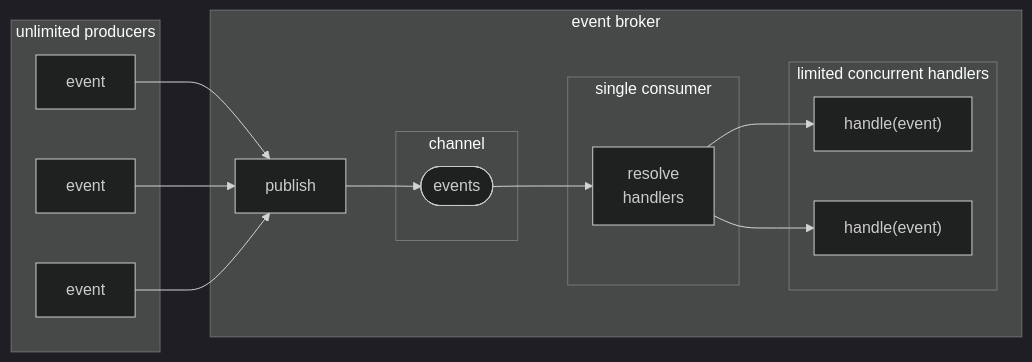
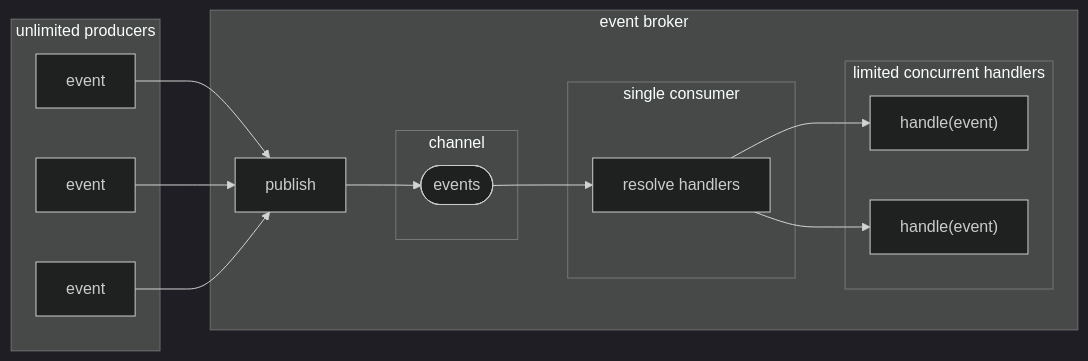
Before and after one commit to petar-m/EventBrokerSlim: the diagram in README.md, drawn with Mermaid (dark theme).

Commit message:
Update README.md - fix diagram label

````diff
--- a/README.md
+++ b/README.md
@@ -94,38 +94,38 @@
 ```mermaid
 graph LR;
 
 subgraph "unlimited producers"
     event1["event"]
     event2["event"] 
     event3["event"]
 end
 
 subgraph "event broker"
     publish["publish"]
     
     subgraph "channel"
         events(["events"])
     end
 
     event1 --> publish
     event2 --> publish
     event3 --> publish
 
     publish --> events
 
     subgraph "single consumer"
-        consumer["resolve\nhandlers"]
+        consumer["resolve handlers"]
     end
 
     events --> consumer
 
     subgraph "limited concurrent handlers"
         handler1["handle(event)"]
         handler2["handle(event)"]
     end
 
     consumer --> handler1
     consumer --> handler2
 end
 
 ```
````
